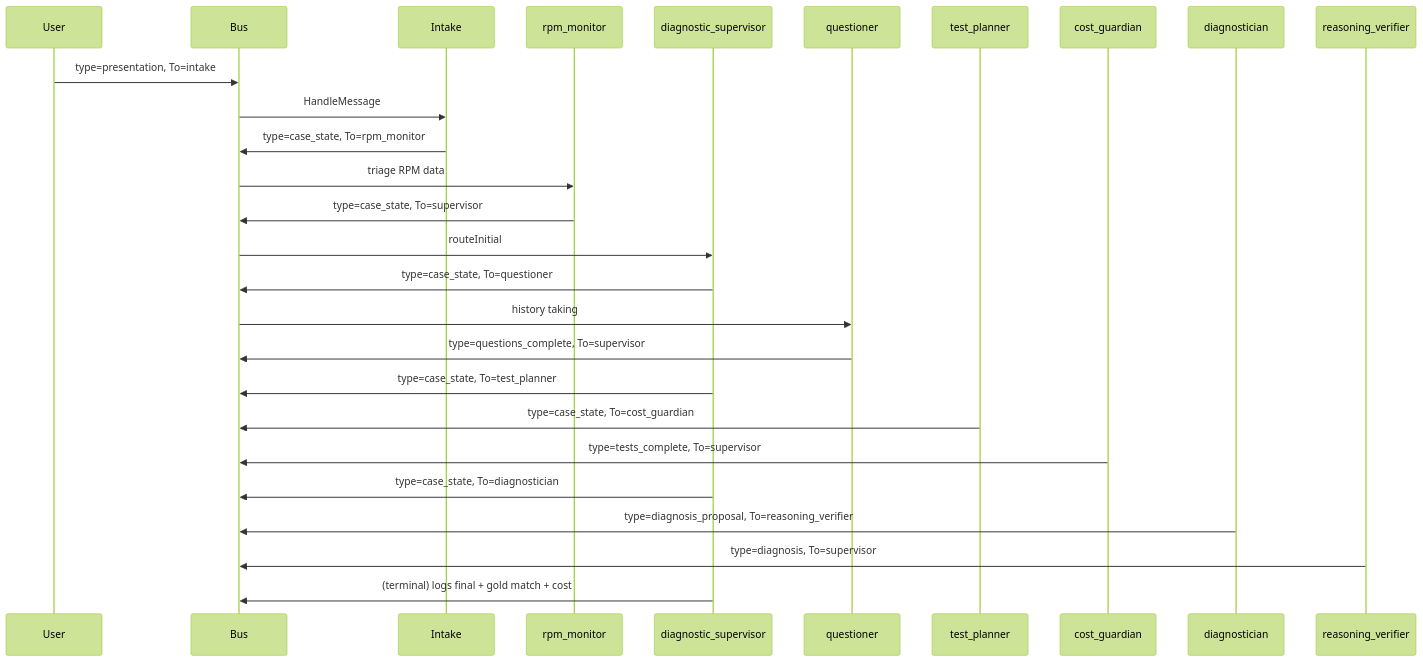
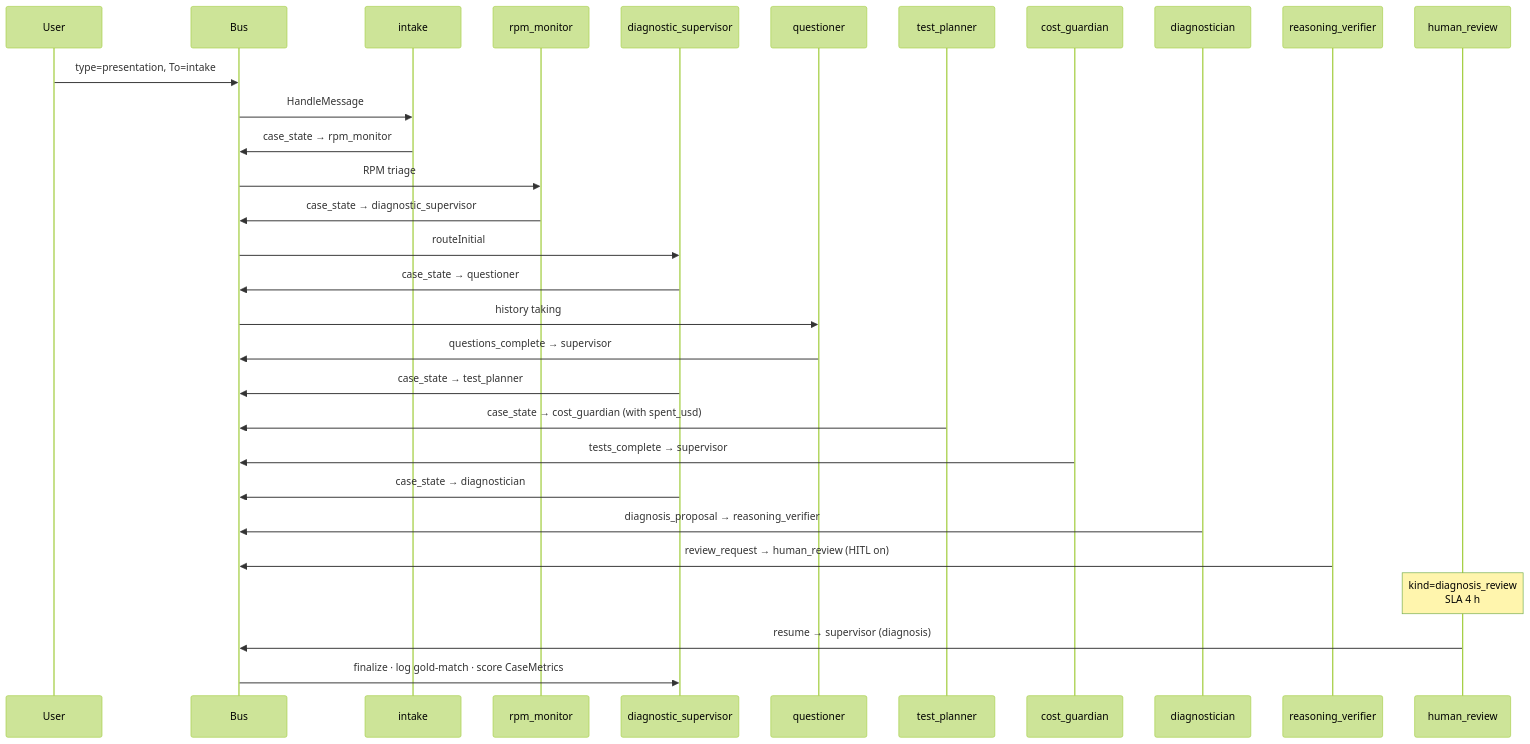
Before and after one commit to PratikDhanave/bodhyanga: diagram 13 of 25 in README.md, drawn with Mermaid (forest theme). The commit also changed other lines of this file, not shown here.

Commit message:
flow diagram

````diff
--- a/README.md
+++ b/README.md
@@ -427,30 +517,33 @@
 ```mermaid
 sequenceDiagram
     participant User
     participant Bus
-    participant Intake
-    participant RPM as rpm_monitor
-    participant Sup as diagnostic_supervisor
+    participant I as intake
+    participant R as rpm_monitor
+    participant S as diagnostic_supervisor
     participant Q as questioner
     participant T as test_planner
     participant C as cost_guardian
     participant D as diagnostician
     participant V as reasoning_verifier
+    participant HR as human_review
 
     User->>Bus: type=presentation, To=intake
-    Bus->>Intake: HandleMessage
-    Intake->>Bus: type=case_state, To=rpm_monitor
-    Bus->>RPM: triage RPM data
-    RPM->>Bus: type=case_state, To=supervisor
-    Bus->>Sup: routeInitial
-    Sup->>Bus: type=case_state, To=questioner
+    Bus->>I: HandleMessage
+    I->>Bus: case_state → rpm_monitor
+    Bus->>R: RPM triage
+    R->>Bus: case_state → diagnostic_supervisor
+    Bus->>S: routeInitial
+    S->>Bus: case_state → questioner
     Bus->>Q: history taking
-    Q->>Bus: type=questions_complete, To=supervisor
-    Sup->>Bus: type=case_state, To=test_planner
-    T->>Bus: type=case_state, To=cost_guardian
-    C->>Bus: type=tests_complete, To=supervisor
-    Sup->>Bus: type=case_state, To=diagnostician
-    D->>Bus: type=diagnosis_proposal, To=reasoning_verifier
-    V->>Bus: type=diagnosis, To=supervisor
-    Sup->>Bus: (terminal) logs final + gold match + cost
+    Q->>Bus: questions_complete → supervisor
+    S->>Bus: case_state → test_planner
+    T->>Bus: case_state → cost_guardian (with spent_usd)
+    C->>Bus: tests_complete → supervisor
+    S->>Bus: case_state → diagnostician
+    D->>Bus: diagnosis_proposal → reasoning_verifier
+    V->>Bus: review_request → human_review (HITL on)
+    Note over HR: kind=diagnosis_review<br/>SLA 4 h
+    HR->>Bus: resume → supervisor (diagnosis)
+    Bus->>S: finalize · log gold-match · score CaseMetrics
 ```
````
